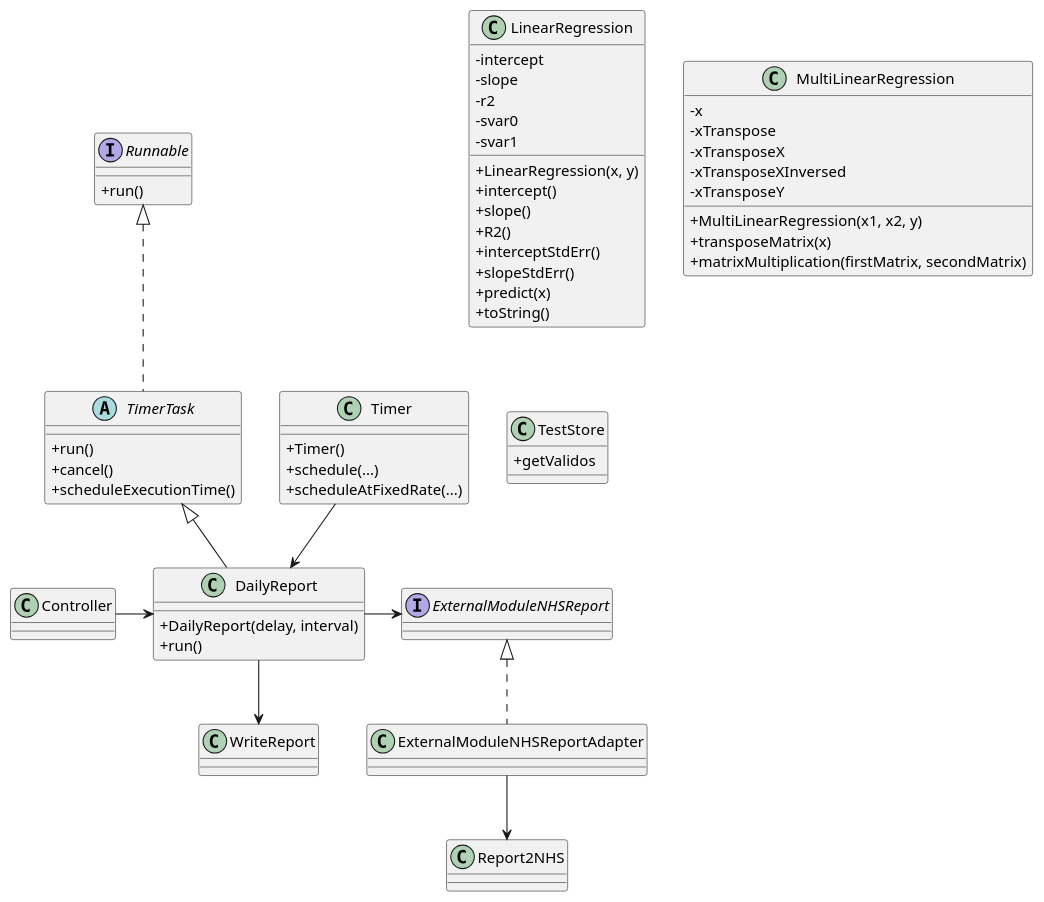
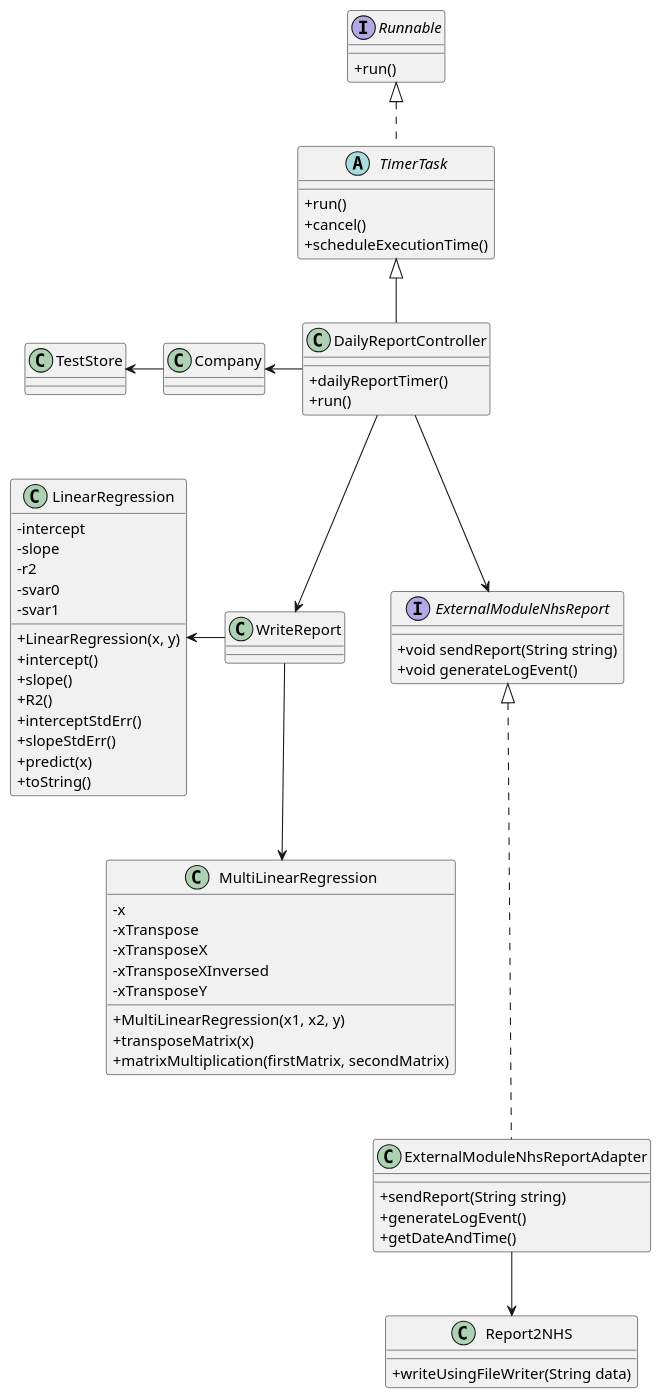
Before and after one commit to MadDinosaur/ISEP-LAPR2: the diagram in docs/SprintD/US19/US19_CD.puml, drawn with PlantUML. The commit also changed 7 other files, not shown here.

Commit message:
Added test to MultiLinearRegressionTest.java. Updated US19 class diagram. Created DailyReportController.java, ExternalModuleNhsReport.java and ExternalModuleNhsReportAdapter.java. Updated config.properties.

```diff
--- a/docs/SprintD/US19/US19_CD.puml
+++ b/docs/SprintD/US19/US19_CD.puml
@@ -1,80 +1,81 @@
 @startuml
 
 skinparam classAttributeIconSize 0
 
-class Controller
+class DailyReportController {
++dailyReportTimer()
++run()
+}
+
+class Company {
+}
 
 interface Runnable {
 +run()
 }
 
 abstract TimerTask {
 +run()
 +cancel()
 +scheduleExecutionTime()
-}
-
-class DailyReport {
-+DailyReport(delay, interval)
-+run()
-}
-
-class Timer {
-+Timer()
-+schedule(...)
-+scheduleAtFixedRate(...)
 }
 
 class LinearRegression {
 -intercept
 -slope
 -r2
 -svar0
 -svar1
 +LinearRegression(x, y)
 +intercept()
 +slope()
 +R2()
 +interceptStdErr()
 +slopeStdErr()
 +predict(x)
 +toString()
 }
 
 class MultiLinearRegression {
 -x
 -xTranspose
 -xTransposeX
 -xTransposeXInversed
 -xTransposeY
 +MultiLinearRegression(x1, x2, y)
 +transposeMatrix(x)
 +matrixMultiplication(firstMatrix, secondMatrix)
 }
 
 class TestStore {
-+getValidos
 }
 
 class WriteReport
 
-interface ExternalModuleNHSReport
+interface ExternalModuleNhsReport {
++void sendReport(String string)
++void generateLogEvent()
+}
 
-class ExternalModuleNHSReportAdapter
+class ExternalModuleNhsReportAdapter {
++sendReport(String string)
++generateLogEvent()
++getDateAndTime()
+}
 
-class Report2NHS
+class Report2NHS {
++writeUsingFileWriter(String data)
+}
 
-Controller -> DailyReport
-
-
+DailyReportController --> ExternalModuleNhsReport
 Runnable <|.. TimerTask
-TimerTask <|-- DailyReport
-Timer --> DailyReport
-DailyReport --> WriteReport
-
-DailyReport -> ExternalModuleNHSReport
-
-ExternalModuleNHSReport <|.. ExternalModuleNHSReportAdapter
-ExternalModuleNHSReportAdapter --> Report2NHS
+TimerTask <|-- DailyReportController
+DailyReportController --> WriteReport
+Company <- DailyReportController
+TestStore <- Company
+ExternalModuleNhsReport <|... ExternalModuleNhsReportAdapter
+ExternalModuleNhsReportAdapter --> Report2NHS
+LinearRegression <- WriteReport
+WriteReport --> MultiLinearRegression
 
 @enduml
```
